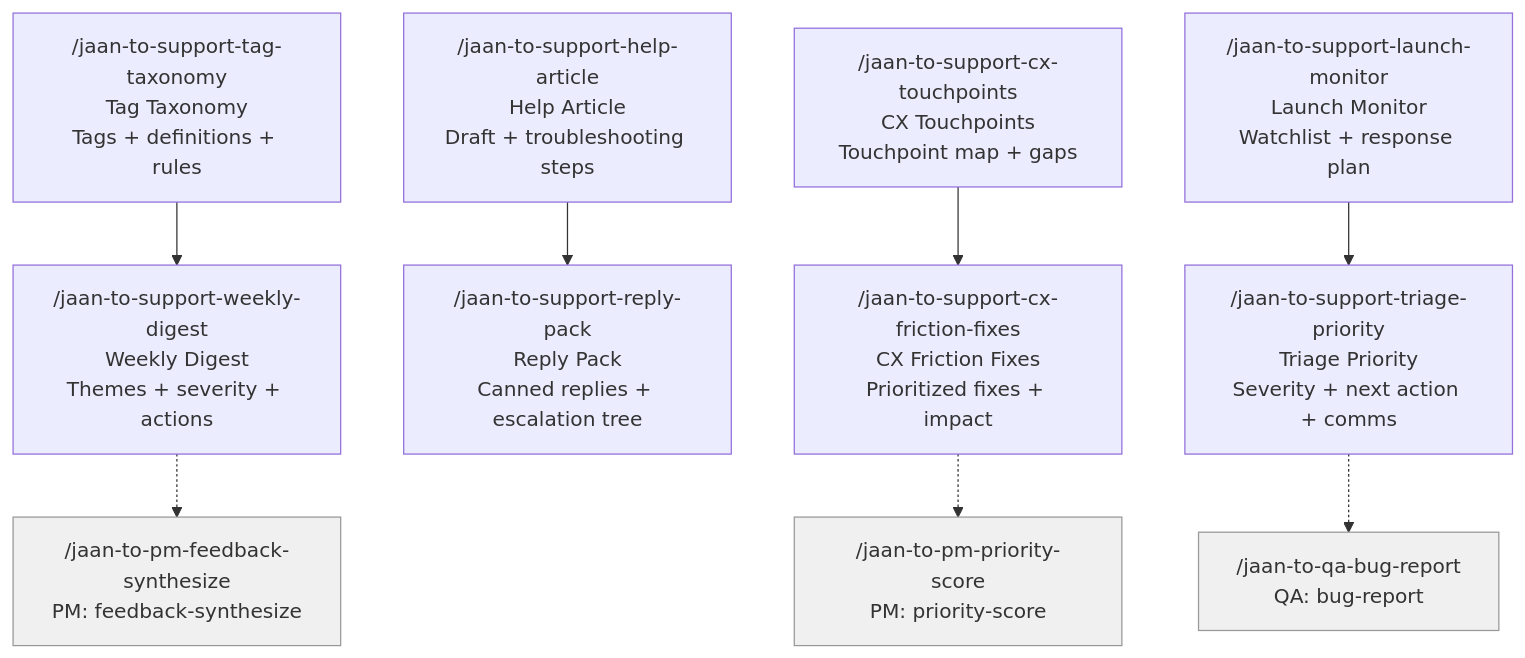
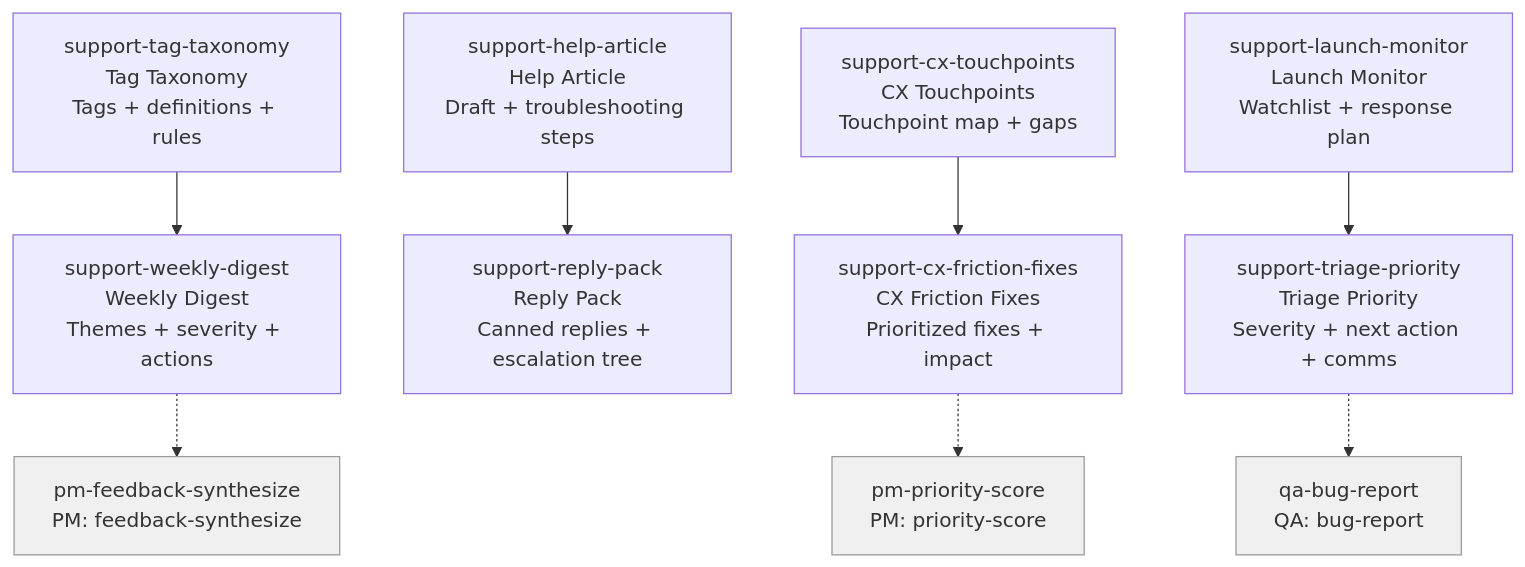
Before and after one commit to parhumm/jaan-to: the diagram in roadmaps/jaan-to/tasks/role-skills/support.md, drawn with Mermaid. The commit also changed 10 other files, not shown here.

First line of the commit message:
fix(roadmap): Fix Mermaid userflow schemas across all 11 role-skills files

````diff
--- a/roadmaps/jaan-to/tasks/role-skills/support.md
+++ b/roadmaps/jaan-to/tasks/role-skills/support.md
@@ -9,14 +9,14 @@
 ```mermaid
 flowchart TD
-    jaan-to-support-tag-taxonomy["/jaan-to-support-tag-taxonomy\nTag Taxonomy\nTags + definitions + rules"] --> jaan-to-support-weekly-digest["/jaan-to-support-weekly-digest\nWeekly Digest\nThemes + severity + actions"]
-    jaan-to-support-weekly-digest["/jaan-to-support-weekly-digest\nWeekly Digest\nThemes + severity + actions"] -.-> jaan-to-pm-feedback-synthesize["/jaan-to-pm-feedback-synthesize\nPM: feedback-synthesize"]
-    jaan-to-support-help-article["/jaan-to-support-help-article\nHelp Article\nDraft + troubleshooting steps"] --> jaan-to-support-reply-pack["/jaan-to-support-reply-pack\nReply Pack\nCanned replies + escalation tree"]
-    jaan-to-support-cx-touchpoints["/jaan-to-support-cx-touchpoints\nCX Touchpoints\nTouchpoint map + gaps"] --> jaan-to-support-cx-friction-fixes["/jaan-to-support-cx-friction-fixes\nCX Friction Fixes\nPrioritized fixes + impact"]
-    jaan-to-support-cx-friction-fixes["/jaan-to-support-cx-friction-fixes\nCX Friction Fixes\nPrioritized fixes + impact"] -.-> jaan-to-pm-priority-score["/jaan-to-pm-priority-score\nPM: priority-score"]
-    jaan-to-support-launch-monitor["/jaan-to-support-launch-monitor\nLaunch Monitor\nWatchlist + response plan"] --> jaan-to-support-triage-priority["/jaan-to-support-triage-priority\nTriage Priority\nSeverity + next action + comms"]
-    jaan-to-support-triage-priority["/jaan-to-support-triage-priority\nTriage Priority\nSeverity + next action + comms"] -.-> jaan-to-qa-bug-report["/jaan-to-qa-bug-report\nQA: bug-report"]
+    jaan-to-support-tag-taxonomy["support-tag-taxonomy<br>Tag Taxonomy<br>Tags + definitions + rules"] --> jaan-to-support-weekly-digest["support-weekly-digest<br>Weekly Digest<br>Themes + severity + actions"]
+    jaan-to-support-weekly-digest["support-weekly-digest<br>Weekly Digest<br>Themes + severity + actions"] -.-> jaan-to-pm-feedback-synthesize["pm-feedback-synthesize<br>PM: feedback-synthesize"]
+    jaan-to-support-help-article["support-help-article<br>Help Article<br>Draft + troubleshooting steps"] --> jaan-to-support-reply-pack["support-reply-pack<br>Reply Pack<br>Canned replies + escalation tree"]
+    jaan-to-support-cx-touchpoints["support-cx-touchpoints<br>CX Touchpoints<br>Touchpoint map + gaps"] --> jaan-to-support-cx-friction-fixes["support-cx-friction-fixes<br>CX Friction Fixes<br>Prioritized fixes + impact"]
+    jaan-to-support-cx-friction-fixes["support-cx-friction-fixes<br>CX Friction Fixes<br>Prioritized fixes + impact"] -.-> jaan-to-pm-priority-score["pm-priority-score<br>PM: priority-score"]
+    jaan-to-support-launch-monitor["support-launch-monitor<br>Launch Monitor<br>Watchlist + response plan"] --> jaan-to-support-triage-priority["support-triage-priority<br>Triage Priority<br>Severity + next action + comms"]
+    jaan-to-support-triage-priority["support-triage-priority<br>Triage Priority<br>Severity + next action + comms"] -.-> jaan-to-qa-bug-report["qa-bug-report<br>QA: bug-report"]
 
     style jaan-to-pm-feedback-synthesize fill:#f0f0f0,stroke:#999
     style jaan-to-pm-priority-score fill:#f0f0f0,stroke:#999
     style jaan-to-qa-bug-report fill:#f0f0f0,stroke:#999
 ```
````
